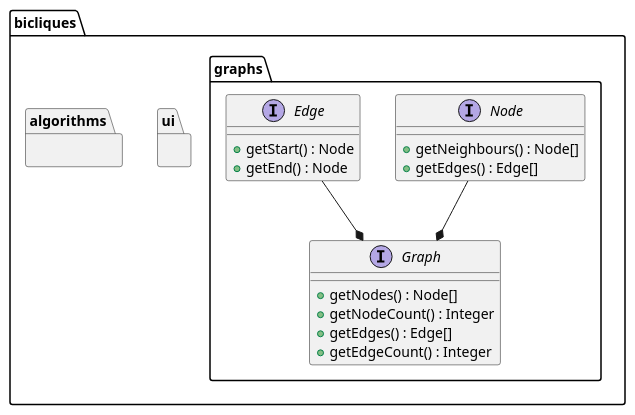
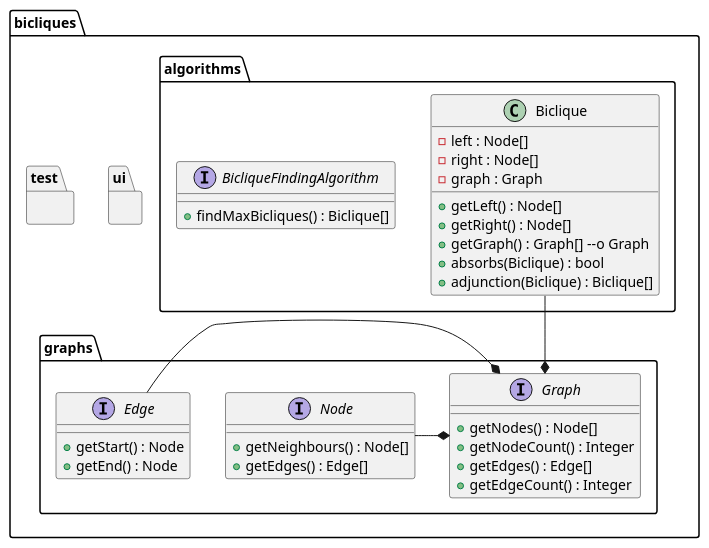
The diagram in class_diagram.puml (wirmius/max_bicliques), drawn with PlantUML before and after one commit. The commit also changed other lines of this file, not shown here.

Commit message:
Some more development on the diagram.

```diff
--- a/class_diagram.puml
+++ b/class_diagram.puml
@@ -1,35 +16,64 @@
 @startuml
+
+package bicliques {
 
 ' The graph section
 package bicliques.graphs {
 interface Graph {
 {method}+ getNodes() : Node[]
 {method}+ getNodeCount() : Integer
 {method}+ getEdges() : Edge[]
 {method}+ getEdgeCount() : Integer
 }
 interface Node {
 {method}+ getNeighbours() : Node[]
 {method}+ getEdges() : Edge[]
 }
 interface Edge {
 {method}+ getStart() : Node
 {method}+ getEnd() : Node
 }
 
-Node --* Graph
-Edge --* Graph
+Node -* Graph
+Edge -* Graph
 }
 
 
 ' The UI section
 package bicliques.ui {
+/'
+For the UI part I say we need to come up with something, that can read in
+the text files (I don't want to be copying and pasting stuff in the windows
+every time I use it). - MI.
+'/
 }
 
 ' The algorithms section
 package bicliques.algorithms {
+class Biclique {
+{field} - left : Node[]
+{field} - right : Node[]
+{field} - graph : Graph
+{method} + getLeft() : Node[]
+{method} + getRight() : Node[]
+{method} + getGraph() : Graph[] --o Graph
+{method} + absorbs(Biclique) : bool
+{method} + adjunction(Biclique) : Biclique[]
+}
+
+Biclique --* Graph
+
+interface BicliqueFindingAlgorithm {
+{method} + findMaxBicliques() : Biclique[]
+}
+}
+
+package bicliques.test {
+/' The testing that we will need. I say we use junit 4 or 5
+to make it more streamlined. -MI '/
+}
+
 }
 
 
-
 @enduml
```
